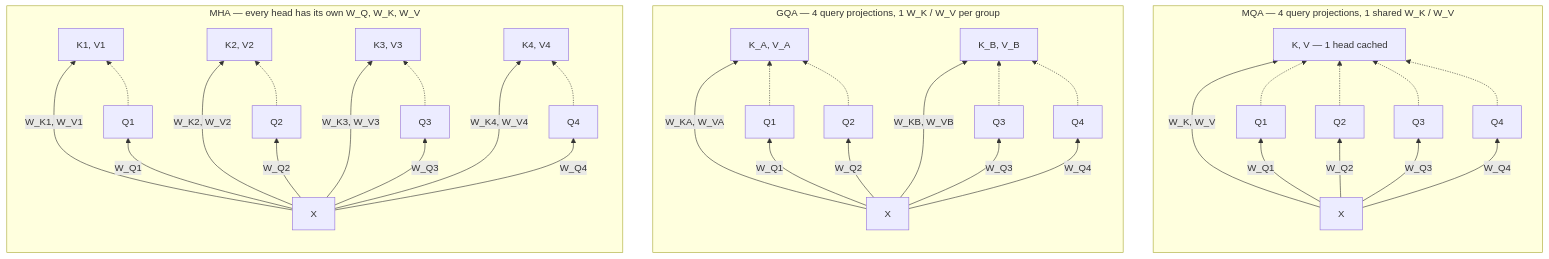
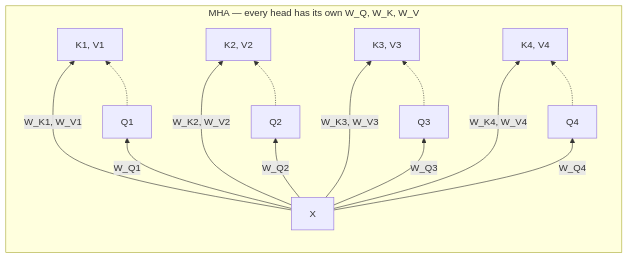
The fourth of 9 diagrams in _posts/2026-08-19-evolution-of-attention.md (hyunwonch/hyunwonch.github.io), drawn with Mermaid before and after one commit.

Commit message:
Center mermaid diagrams and split MHA/GQA/MQA comparison
Diagrams rendered left-aligned in a full-width code box, leaving a large
empty area on the right, and the three-panel comparison was too wide to
stay readable when scaled to the column. Center the SVGs, drop the code
box background, and stack the comparison as three separate diagrams.

Claude-Session: https://claude.ai/code/session_012pBPzF7mp5UBaKhX6mdjCL

````diff
--- a/_posts/2026-08-19-evolution-of-attention.md
+++ b/_posts/2026-08-19-evolution-of-attention.md
@@ -111,43 +123,18 @@
 ```mermaid
 graph BT
-    subgraph MQA["MQA — 4 query projections, 1 shared W_K / W_V"]
-        direction BT
-        XC["X"] -->|"W_Q1"| C1["Q1"]
-        XC -->|"W_Q2"| C2["Q2"]
-        XC -->|"W_Q3"| C3["Q3"]
-        XC -->|"W_Q4"| C4["Q4"]
-        XC -->|"W_K, W_V"| CK1["K, V — 1 head cached"]
-        C1 -.-> CK1
-        C2 -.-> CK1
-        C3 -.-> CK1
-        C4 -.-> CK1
-    end
-    subgraph GQA["GQA — 4 query projections, 1 W_K / W_V per group"]
-        direction BT
-        XB["X"] -->|"W_Q1"| B1["Q1"]
-        XB -->|"W_Q2"| B2["Q2"]
-        XB -->|"W_Q3"| B3["Q3"]
-        XB -->|"W_Q4"| B4["Q4"]
-        XB -->|"W_KA, W_VA"| BK1["K_A, V_A"]
-        XB -->|"W_KB, W_VB"| BK2["K_B, V_B"]
-        B1 -.-> BK1
-        B2 -.-> BK1
-        B3 -.-> BK2
-        B4 -.-> BK2
-    end
     subgraph MHA["MHA — every head has its own W_Q, W_K, W_V"]
         direction BT
         XA["X"] -->|"W_Q1"| A1["Q1"]
         XA -->|"W_Q2"| A2["Q2"]
         XA -->|"W_Q3"| A3["Q3"]
         XA -->|"W_Q4"| A4["Q4"]
         XA -->|"W_K1, W_V1"| AK1["K1, V1"]
         XA -->|"W_K2, W_V2"| AK2["K2, V2"]
         XA -->|"W_K3, W_V3"| AK3["K3, V3"]
         XA -->|"W_K4, W_V4"| AK4["K4, V4"]
         A1 -.-> AK1
         A2 -.-> AK2
         A3 -.-> AK3
         A4 -.-> AK4
     end
 ```
````
